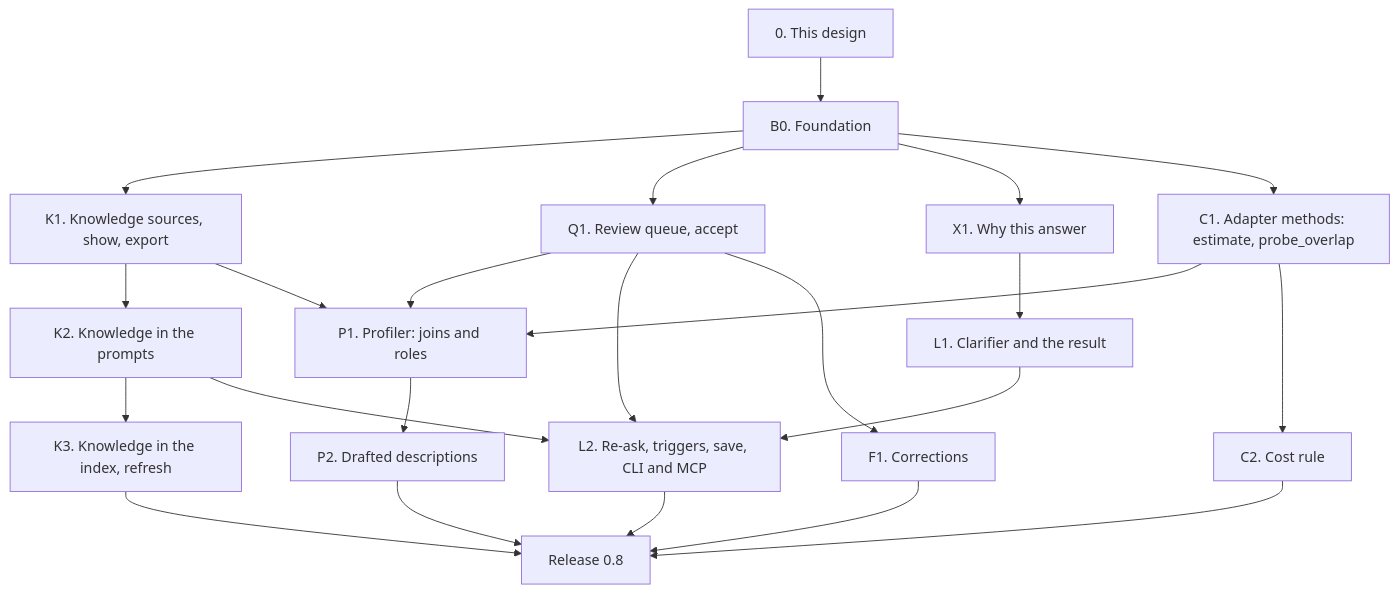
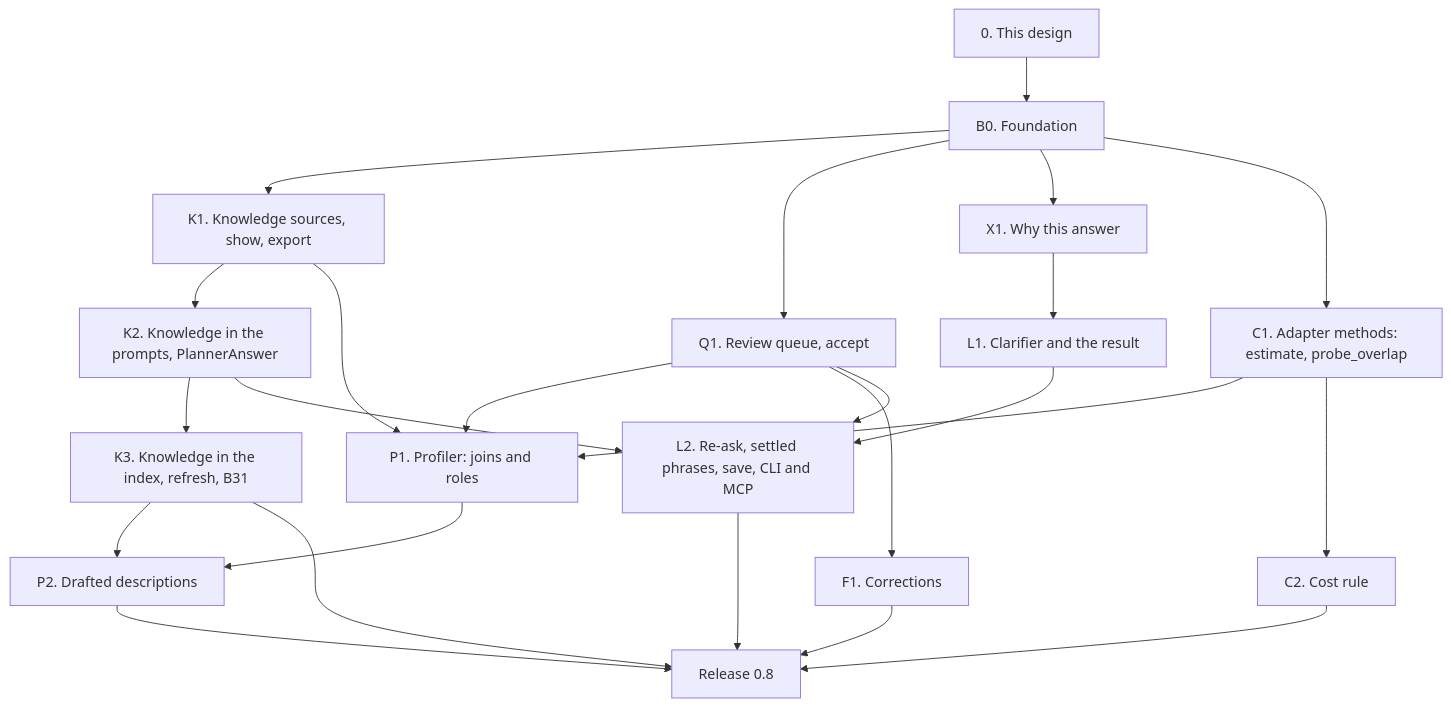
One commit to nadeem4/nl2sql changed the third of 3 diagrams in docs/architecture/wave_b.md. Above: the diagram before and after it, drawn with Mermaid. The commit also changed other lines of this file, not shown here.

First line of the commit message:
docs(architecture): Wave B design, review fixes

````diff
--- a/docs/architecture/wave_b.md
+++ b/docs/architecture/wave_b.md
@@ -1117,25 +1236,26 @@
 ```mermaid
 flowchart TD
   D["0. This design"] --> B0["B0. Foundation"]
   B0 --> K1["K1. Knowledge sources, show, export"]
   B0 --> Q1["Q1. Review queue, accept"]
   B0 --> X1["X1. Why this answer"]
   B0 --> C1["C1. Adapter methods: estimate, probe_overlap"]
-  K1 --> K2["K2. Knowledge in the prompts"]
+  K1 --> K2["K2. Knowledge in the prompts, PlannerAnswer"]
   K1 --> P1["P1. Profiler: joins and roles"]
   Q1 --> P1
   C1 --> P1
   X1 --> L1["L1. Clarifier and the result"]
+  Q1 --> F1["F1. Corrections"]
+  K2 --> K3["K3. Knowledge in the index, refresh, B31"]
   C1 --> C2["C2. Cost rule"]
-  K2 --> K3["K3. Knowledge in the index, refresh"]
-  P1 --> P2["P2. Drafted descriptions"]
-  L1 --> L2["L2. Re-ask, triggers, save, CLI and MCP"]
+  L1 --> L2["L2. Re-ask, settled phrases, save, CLI and MCP"]
   K2 --> L2
   Q1 --> L2
-  Q1 --> F1["F1. Corrections"]
+  P1 --> P2["P2. Drafted descriptions"]
+  K3 --> P2
   K3 --> REL["Release 0.8"]
   P2 --> REL
   L2 --> REL
   C2 --> REL
   F1 --> REL
 ```
````
